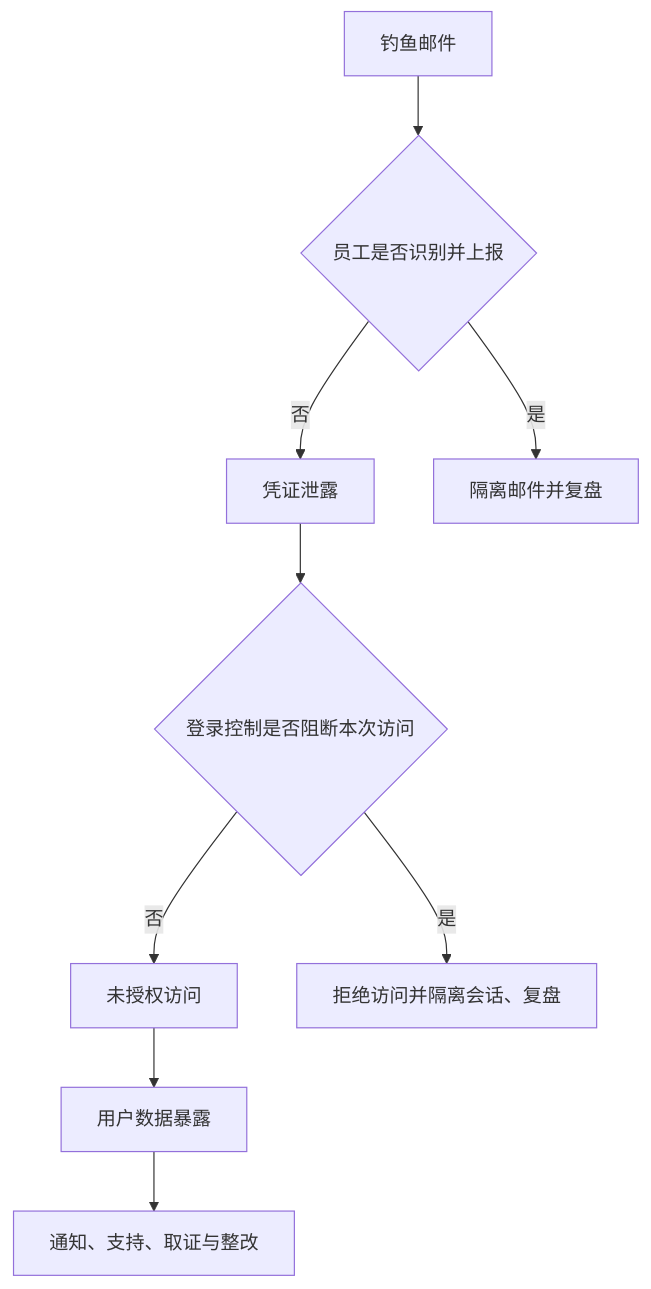
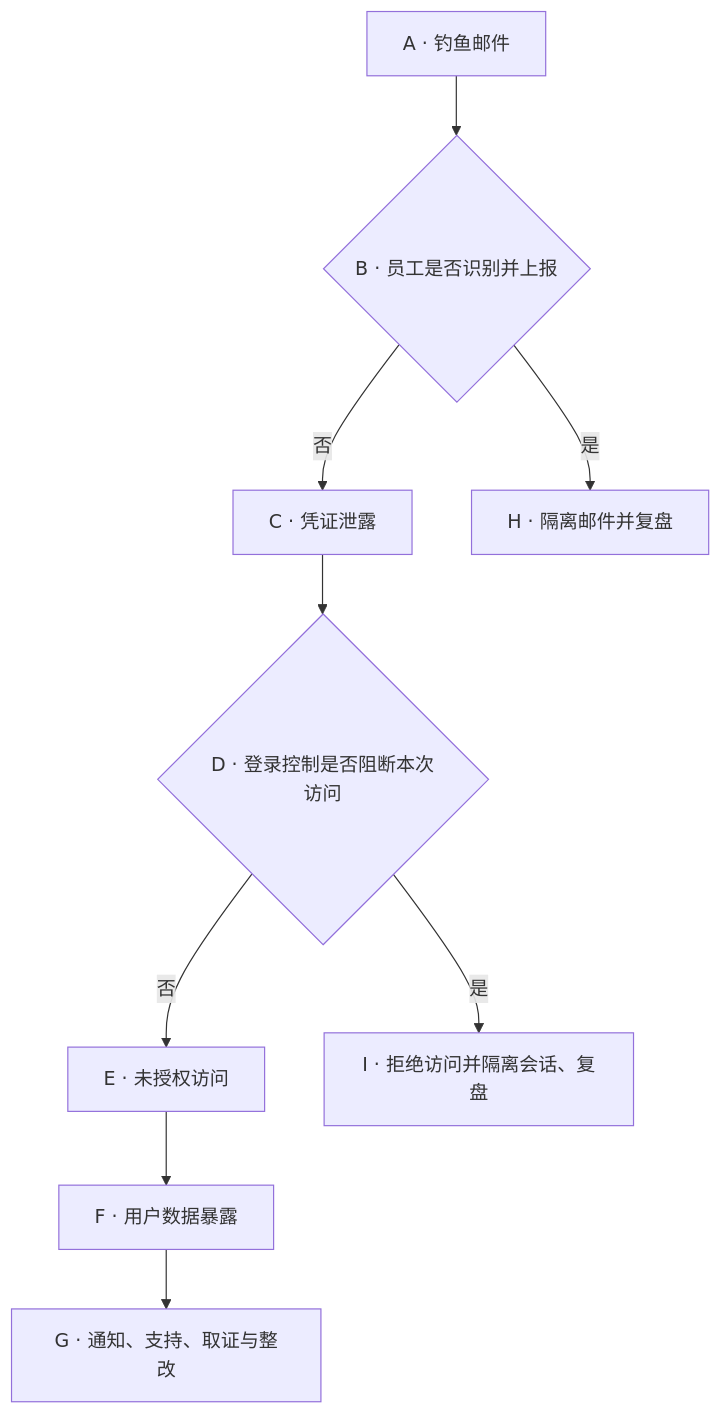
The fourth of 7 diagrams in IS5113_AI_Ethics_and_Regulations/notes/M06-隐私与监控-从数据采集到行为影响.md (CercaTrovato/cityu-ai-course-notes), drawn with Mermaid before and after one commit. The commit also changed other lines of this file and 104 other files, not shown here.

````diff
--- a/IS5113_AI_Ethics_and_Regulations/notes/M06-隐私与监控-从数据采集到行为影响.md
+++ b/IS5113_AI_Ethics_and_Regulations/notes/M06-隐私与监控-从数据采集到行为影响.md
@@ -896,11 +969,11 @@
 ```mermaid
 flowchart TD
-  A[钓鱼邮件] --> B{员工是否识别并上报}
-  B -- 否 --> C[凭证泄露]
-  C --> D{登录控制是否阻断本次访问}
-  D -- 否 --> E[未授权访问]
-  E --> F[用户数据暴露]
-  F --> G[通知、支持、取证与整改]
-  B -- 是 --> H[隔离邮件并复盘]
-  D -- 是 --> I[拒绝访问并隔离会话、复盘]
+  A[A · 钓鱼邮件] --> B{B · 员工是否识别并上报}
+  B -- 否 --> C[C · 凭证泄露]
+  C --> D{D · 登录控制是否阻断本次访问}
+  D -- 否 --> E[E · 未授权访问]
+  E --> F[F · 用户数据暴露]
+  F --> G[G · 通知、支持、取证与整改]
+  B -- 是 --> H[H · 隔离邮件并复盘]
+  D -- 是 --> I[I · 拒绝访问并隔离会话、复盘]
 ```
````
